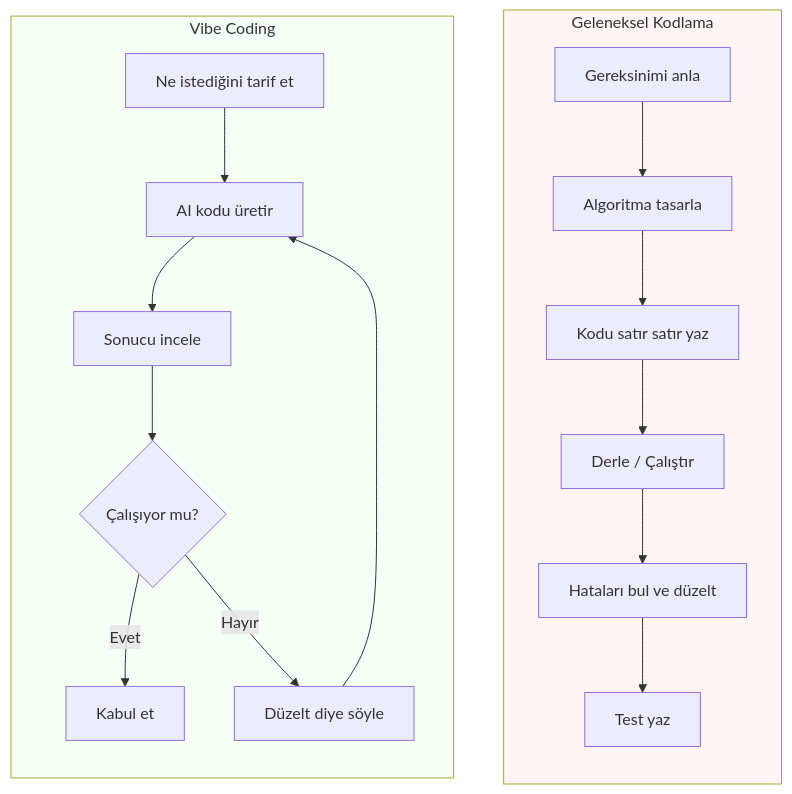
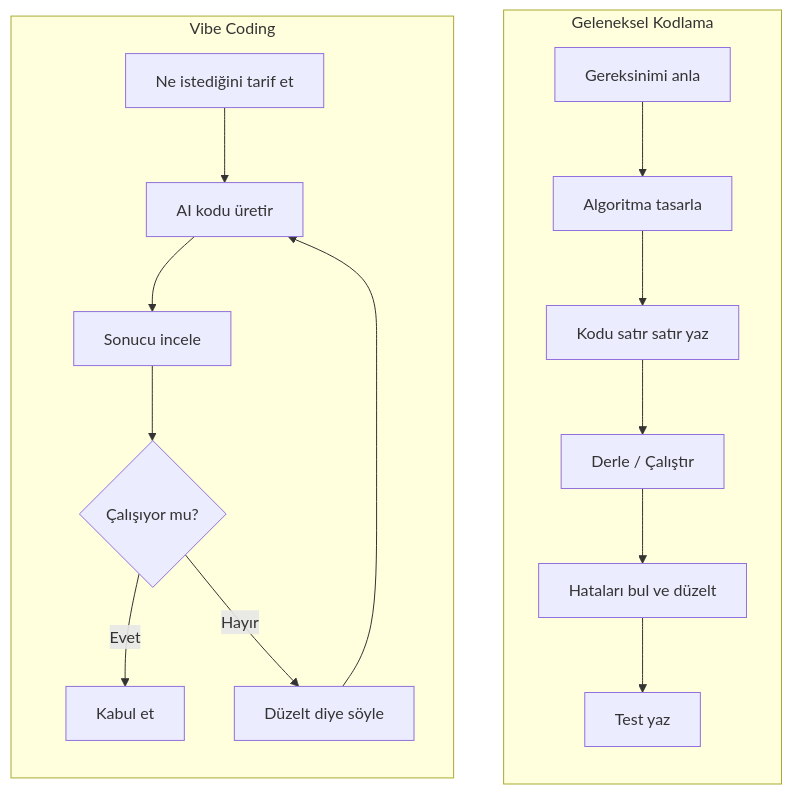
The first of 6 diagrams in 04-ai-destekli-gelistirme/03-vibe-coding.md (IzzetYasinAtes/ClaudeCodeHandbook), drawn with Mermaid before and after one commit. The commit also changed other lines of this file and 97 other files, not shown here.

Commit message:
Remove all custom Mermaid style/fill colors from 98 markdown files for consistent dark theme rendering

````diff
--- a/04-ai-destekli-gelistirme/03-vibe-coding.md
+++ b/04-ai-destekli-gelistirme/03-vibe-coding.md
@@ -26,24 +26,22 @@
 ```mermaid
 flowchart TD
     subgraph geleneksel ["Geleneksel Kodlama"]
         direction TB
         G1["Gereksinimi anla"] --> G2["Algoritma tasarla"]
         G2 --> G3["Kodu satır satır yaz"]
         G3 --> G4["Derle / Çalıştır"]
         G4 --> G5["Hataları bul ve düzelt"]
         G5 --> G6["Test yaz"]
     end
 
     subgraph vibe ["Vibe Coding"]
         direction TB
         V1["Ne istediğini tarif et"] --> V2["AI kodu üretir"]
         V2 --> V3["Sonucu incele"]
         V3 --> V4{"Çalışıyor mu?"}
         V4 -->|"Evet"| V5["Kabul et"]
         V4 -->|"Hayır"| V6["Düzelt diye söyle"]
         V6 --> V2
     end
 
-    style geleneksel fill:#fff5f5
-    style vibe fill:#f5fff5
 ```
````
